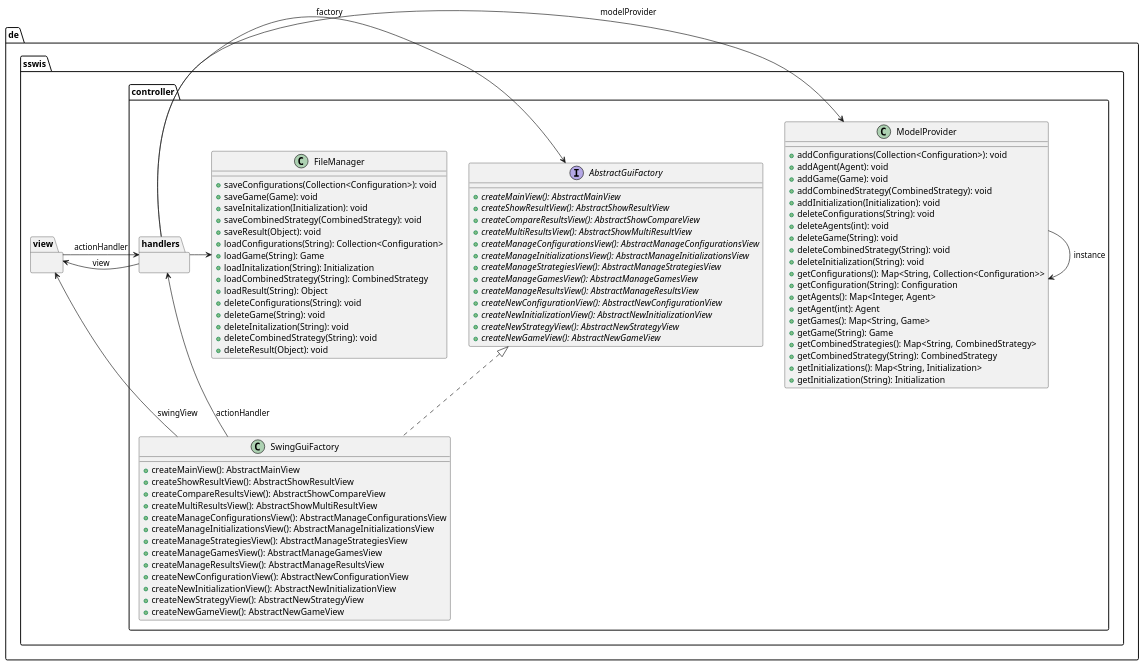
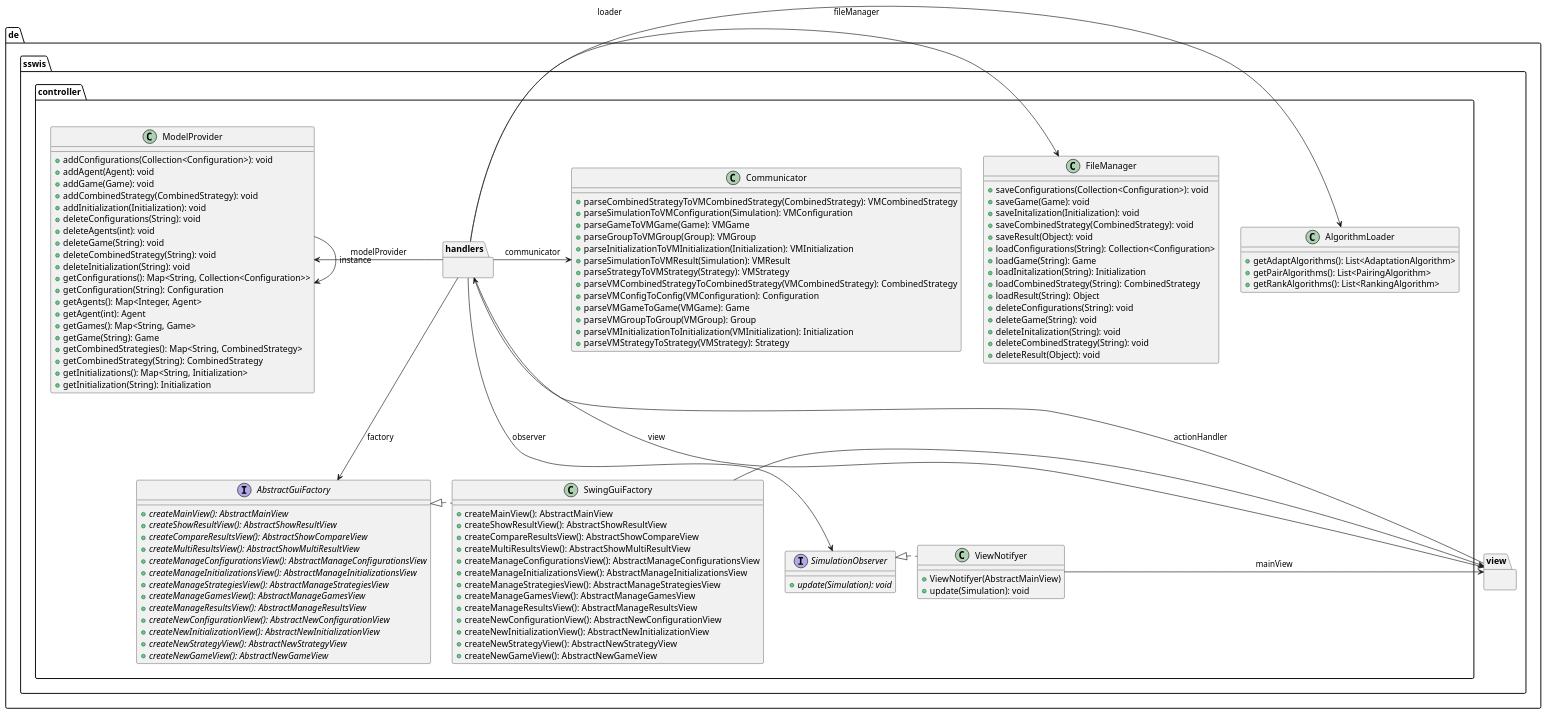
One commit to max-97/pse changed the diagram in Entwurf/Diagramme/Controller_package.puml. Above: the diagram before and after it, drawn with PlantUML. The commit also changed 1 other file, not shown here.

Commit message:
Controller Klassendiagramm aktualisiert

```diff
--- a/Entwurf/Diagramme/Controller_package.puml
+++ b/Entwurf/Diagramme/Controller_package.puml
@@ -1,97 +1,150 @@
 @startuml
 
     namespace de.sswis.view {
 
     }
 
     namespace de.sswis.controller {
 
-        namespace de.sswis.controller.handlers {
+
+        together {
+            namespace de.sswis.controller.handlers {
+            }
+
+            class de.sswis.controller.AlgorithmLoader [[AlgorithmLoader.html]] {
+                +getAdaptAlgorithms(): List<AdaptationAlgorithm>
+                +getPairAlgorithms(): List<PairingAlgorithm>
+                +getRankAlgorithms(): List<RankingAlgorithm>
+            }
+
+            class de.sswis.controller.Communicator [[Communicator.html]] {
+                +parseCombinedStrategyToVMCombinedStrategy(CombinedStrategy): VMCombinedStrategy
+                +parseSimulationToVMConfiguration(Simulation): VMConfiguration
+                +parseGameToVMGame(Game): VMGame
+                +parseGroupToVMGroup(Group): VMGroup
+                +parseInitializationToVMInitialization(Initialization): VMInitialization
+                +parseSimulationToVMResult(Simulation): VMResult
+                +parseStrategyToVMStrategy(Strategy): VMStrategy
+                +parseVMCombinedStrategyToCombinedStrategy(VMCombinedStrategy): CombinedStrategy
+                +parseVMConfigToConfig(VMConfiguration): Configuration
+                +parseVMGameToGame(VMGame): Game
+                +parseVMGroupToGroup(VMGroup): Group
+                +parseVMInitializationToInitialization(VMInitialization): Initialization
+                +parseVMStrategyToStrategy(VMStrategy): Strategy
+            }
+
+            class de.sswis.controller.FileManager [[FileManager.html]] {
+                +saveConfigurations(Collection<Configuration>): void
+                +saveGame(Game): void
+                +saveInitalization(Initialization): void
+                +saveCombinedStrategy(CombinedStrategy): void
+                +saveResult(Object): void
+                +loadConfigurations(String): Collection<Configuration>
+                +loadGame(String): Game
+                +loadInitalization(String): Initialization
+                +loadCombinedStrategy(String): CombinedStrategy
+                +loadResult(String): Object
+                +deleteConfigurations(String): void
+                +deleteGame(String): void
+                +deleteInitalization(String): void
+                +deleteCombinedStrategy(String): void
+                +deleteResult(Object): void
+            }
+
+            class de.sswis.controller.ModelProvider [[ModelProvider.html]] {
+                +addConfigurations(Collection<Configuration>): void
+                +addAgent(Agent): void
+                +addGame(Game): void
+                +addCombinedStrategy(CombinedStrategy): void
+                +addInitialization(Initialization): void
+                +deleteConfigurations(String): void
+                +deleteAgents(int): void
+                +deleteGame(String): void
+                +deleteCombinedStrategy(String): void
+                +deleteInitialization(String): void
+                +getConfigurations(): Map<String, Collection<Configuration>>
+                +getConfiguration(String): Configuration
+                +getAgents(): Map<Integer, Agent>
+                +getAgent(int): Agent
+                +getGames(): Map<String, Game>
+                +getGame(String): Game
+                +getCombinedStrategies(): Map<String, CombinedStrategy>
+                +getCombinedStrategy(String): CombinedStrategy
+                +getInitializations(): Map<String, Initialization>
+                +getInitialization(String): Initialization
+            }
+        }
+
+        together {
+            interface de.sswis.controller.AbstractGuiFactory [[AbstractGuiFactory.html]] {
+                {abstract} +createMainView(): AbstractMainView
+                {abstract} +createShowResultView(): AbstractShowResultView
+                {abstract} +createCompareResultsView(): AbstractShowCompareView
+                {abstract} +createMultiResultsView(): AbstractShowMultiResultView
+                {abstract} +createManageConfigurationsView(): AbstractManageConfigurationsView
+                {abstract} +createManageInitializationsView(): AbstractManageInitializationsView
+                {abstract} +createManageStrategiesView(): AbstractManageStrategiesView
+                {abstract} +createManageGamesView(): AbstractManageGamesView
+                {abstract} +createManageResultsView(): AbstractManageResultsView
+                {abstract} +createNewConfigurationView(): AbstractNewConfigurationView
+                {abstract} +createNewInitializationView(): AbstractNewInitializationView
+                {abstract} +createNewStrategyView(): AbstractNewStrategyView
+                {abstract} +createNewGameView(): AbstractNewGameView
+            }
+
+            class de.sswis.controller.SwingGuiFactory [[SwingGuiFactory.html]] {
+                +createMainView(): AbstractMainView
+                +createShowResultView(): AbstractShowResultView
+                +createCompareResultsView(): AbstractShowCompareView
+                +createMultiResultsView(): AbstractShowMultiResultView
+                +createManageConfigurationsView(): AbstractManageConfigurationsView
+                +createManageInitializationsView(): AbstractManageInitializationsView
+                +createManageStrategiesView(): AbstractManageStrategiesView
+                +createManageGamesView(): AbstractManageGamesView
+                +createManageResultsView(): AbstractManageResultsView
+                +createNewConfigurationView(): AbstractNewConfigurationView
+                +createNewInitializationView(): AbstractNewInitializationView
+                +createNewStrategyView(): AbstractNewStrategyView
+                +createNewGameView(): AbstractNewGameView
+            }
 
         }
 
-        interface de.sswis.controller.AbstractGuiFactory [[AbstractGuiFactory.html]] {
-            {abstract} +createMainView(): AbstractMainView
-            {abstract} +createShowResultView(): AbstractShowResultView
-            {abstract} +createCompareResultsView(): AbstractShowCompareView
-            {abstract} +createMultiResultsView(): AbstractShowMultiResultView
-            {abstract} +createManageConfigurationsView(): AbstractManageConfigurationsView
-            {abstract} +createManageInitializationsView(): AbstractManageInitializationsView
-            {abstract} +createManageStrategiesView(): AbstractManageStrategiesView
-            {abstract} +createManageGamesView(): AbstractManageGamesView
-            {abstract} +createManageResultsView(): AbstractManageResultsView
-            {abstract} +createNewConfigurationView(): AbstractNewConfigurationView
-            {abstract} +createNewInitializationView(): AbstractNewInitializationView
-            {abstract} +createNewStrategyView(): AbstractNewStrategyView
-            {abstract} +createNewGameView(): AbstractNewGameView
+        together {
+
+            interface de.sswis.controller.SimulationObserver [[SimulationObserver.html]] {
+                        {abstract} +update(Simulation): void
+            }
+
+            class de.sswis.controller.ViewNotifyer [[ViewNotifyer.html]] {
+                        +ViewNotifyer(AbstractMainView)
+                        +update(Simulation): void
+            }
+
         }
 
-        class de.sswis.controller.FileManager [[FileManager.html]] {
-            +saveConfigurations(Collection<Configuration>): void
-            +saveGame(Game): void
-            +saveInitalization(Initialization): void
-            +saveCombinedStrategy(CombinedStrategy): void
-            +saveResult(Object): void
-            +loadConfigurations(String): Collection<Configuration>
-            +loadGame(String): Game
-            +loadInitalization(String): Initialization
-            +loadCombinedStrategy(String): CombinedStrategy
-            +loadResult(String): Object
-            +deleteConfigurations(String): void
-            +deleteGame(String): void
-            +deleteInitalization(String): void
-            +deleteCombinedStrategy(String): void
-            +deleteResult(Object): void
-        }
+        de.sswis.controller.ModelProvider -[hidden]> de.sswis.controller.Communicator
+        de.sswis.controller.Communicator -[hidden]> de.sswis.controller.FileManager
+        de.sswis.controller.FileManager -[hidden]> de.sswis.controller.AlgorithmLoader
+        de.sswis.controller.AlgorithmLoader -[hidden]> de.sswis.controller.handlers
+        de.sswis.controller.ModelProvider -[hidden]--> de.sswis.controller.AbstractGuiFactory
+        de.sswis.controller.AbstractGuiFactory -[hidden]> de.sswis.controller.SwingGuiFactory
+        de.sswis.controller.SimulationObserver -[hidden]> de.sswis.controller.ViewNotifyer
+        de.sswis.controller.ModelProvider -[hidden]--> de.sswis.controller.SimulationObserver
 
-        class de.sswis.controller.ModelProvider [[ModelProvider.html]] {
-            +addConfigurations(Collection<Configuration>): void
-            +addAgent(Agent): void
-            +addGame(Game): void
-            +addCombinedStrategy(CombinedStrategy): void
-            +addInitialization(Initialization): void
-            +deleteConfigurations(String): void
-            +deleteAgents(int): void
-            +deleteGame(String): void
-            +deleteCombinedStrategy(String): void
-            +deleteInitialization(String): void
-            +getConfigurations(): Map<String, Collection<Configuration>>
-            +getConfiguration(String): Configuration
-            +getAgents(): Map<Integer, Agent>
-            +getAgent(int): Agent
-            +getGames(): Map<String, Game>
-            +getGame(String): Game
-            +getCombinedStrategies(): Map<String, CombinedStrategy>
-            +getCombinedStrategy(String): CombinedStrategy
-            +getInitializations(): Map<String, Initialization>
-            +getInitialization(String): Initialization
-        }
-
-        class de.sswis.controller.SwingGuiFactory [[SwingGuiFactory.html]] {
-            +createMainView(): AbstractMainView
-            +createShowResultView(): AbstractShowResultView
-            +createCompareResultsView(): AbstractShowCompareView
-            +createMultiResultsView(): AbstractShowMultiResultView
-            +createManageConfigurationsView(): AbstractManageConfigurationsView
-            +createManageInitializationsView(): AbstractManageInitializationsView
-            +createManageStrategiesView(): AbstractManageStrategiesView
-            +createManageGamesView(): AbstractManageGamesView
-            +createManageResultsView(): AbstractManageResultsView
-            +createNewConfigurationView(): AbstractNewConfigurationView
-            +createNewInitializationView(): AbstractNewInitializationView
-            +createNewStrategyView(): AbstractNewStrategyView
-            +createNewGameView(): AbstractNewGameView
-        }
-
+        de.sswis.view -> de.sswis.controller.handlers : actionHandler
+        de.sswis.controller.handlers -> de.sswis.view : view
+        de.sswis.controller.handlers -> de.sswis.controller.AbstractGuiFactory : factory
+        de.sswis.controller.handlers -> de.sswis.controller.FileManager :fileManager
+        de.sswis.controller.handlers -> de.sswis.controller.AlgorithmLoader : loader
+        de.sswis.controller.handlers -> de.sswis.controller.ModelProvider : modelProvider
+        de.sswis.controller.handlers -> de.sswis.controller.SimulationObserver : observer
+        de.sswis.controller.handlers -> de.sswis.controller.Communicator : communicator
         de.sswis.controller.ModelProvider -> de.sswis.controller.ModelProvider: instance
+        de.sswis.controller.SwingGuiFactory -> de.sswis.view
+        de.sswis.controller.ViewNotifyer -> de.sswis.view : mainView
         de.sswis.controller.AbstractGuiFactory <|.. de.sswis.controller.SwingGuiFactory
-        de.sswis.controller.handlers -> de.sswis.view : view
-        de.sswis.view -> de.sswis.controller.handlers : actionHandler
-        de.sswis.controller.SwingGuiFactory -> de.sswis.view : swingView
-        de.sswis.controller.handlers -> de.sswis.controller.AbstractGuiFactory : factory
-        de.sswis.controller.SwingGuiFactory -> de.sswis.controller.handlers : actionHandler
-        de.sswis.controller.handlers -> de.sswis.controller.FileManager
-        de.sswis.controller.handlers -> de.sswis.controller.ModelProvider : modelProvider
+        de.sswis.controller.SimulationObserver <|.. de.sswis.controller.ViewNotifyer
     }
 
 @enduml
```
